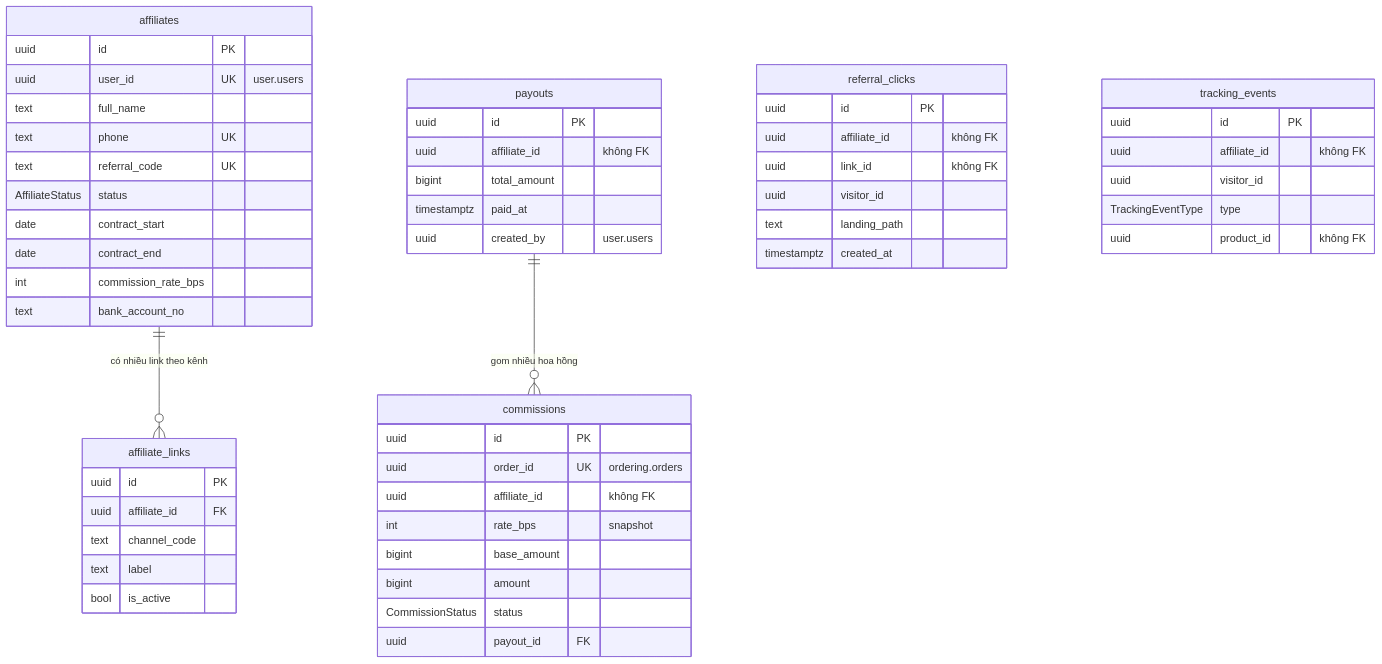
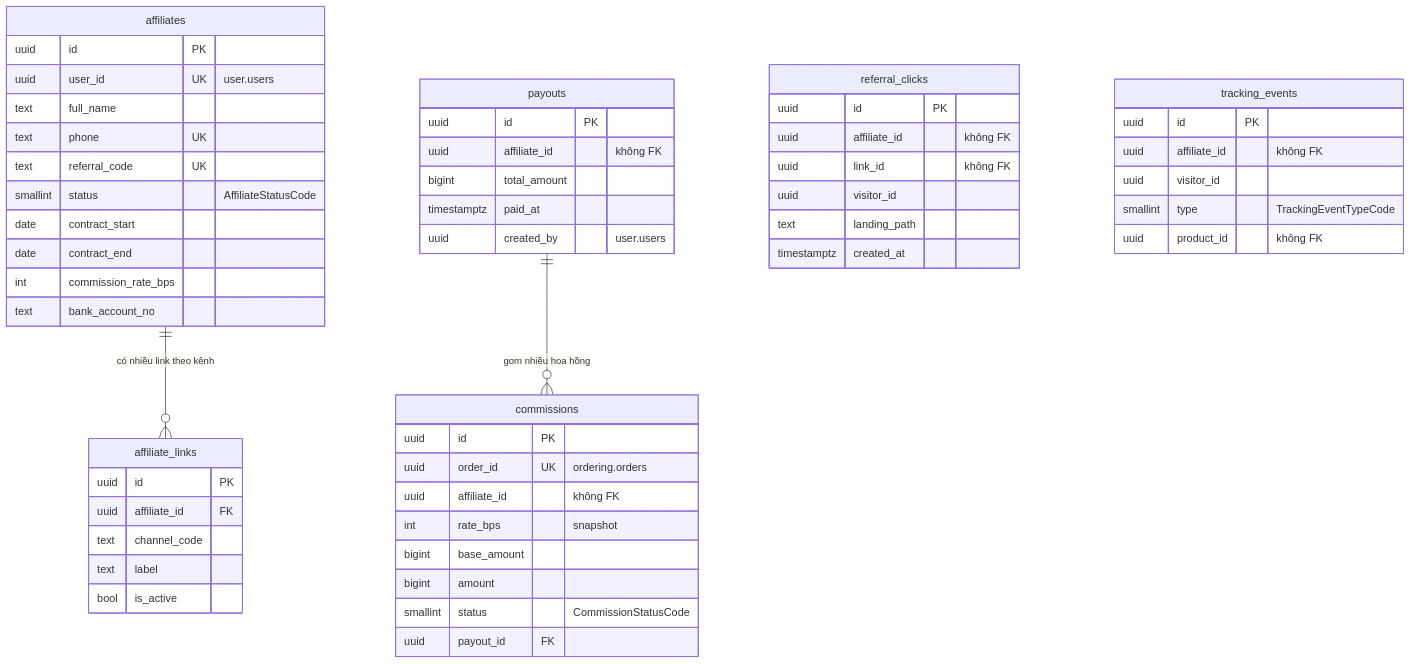
Before and after one commit to Vietnguyen203/PhucViFood: the second of 4 diagrams in BE/docs/database.md, drawn with Mermaid. The commit also changed other lines of this file and 55 other files, not shown here.

````diff
--- a/BE/docs/database.md
+++ b/BE/docs/database.md
@@ -41,57 +56,57 @@
 ```mermaid
 erDiagram
   affiliates ||--o{ affiliate_links : "có nhiều link theo kênh"
   payouts ||--o{ commissions : "gom nhiều hoa hồng"
 
   affiliates {
     uuid id PK
     uuid user_id UK "user.users"
     text full_name
     text phone UK
     text referral_code UK
-    AffiliateStatus status
+    smallint status "AffiliateStatusCode"
     date contract_start
     date contract_end
     int commission_rate_bps
     text bank_account_no
   }
   affiliate_links {
     uuid id PK
     uuid affiliate_id FK
     text channel_code
     text label
     bool is_active
   }
   referral_clicks {
     uuid id PK
     uuid affiliate_id "không FK"
     uuid link_id "không FK"
     uuid visitor_id
     text landing_path
     timestamptz created_at
   }
   tracking_events {
     uuid id PK
     uuid affiliate_id "không FK"
     uuid visitor_id
-    TrackingEventType type
+    smallint type "TrackingEventTypeCode"
     uuid product_id "không FK"
   }
   commissions {
     uuid id PK
     uuid order_id UK "ordering.orders"
     uuid affiliate_id "không FK"
     int rate_bps "snapshot"
     bigint base_amount
     bigint amount
-    CommissionStatus status
+    smallint status "CommissionStatusCode"
     uuid payout_id FK
   }
   payouts {
     uuid id PK
     uuid affiliate_id "không FK"
     bigint total_amount
     timestamptz paid_at
     uuid created_by "user.users"
   }
 ```
````
